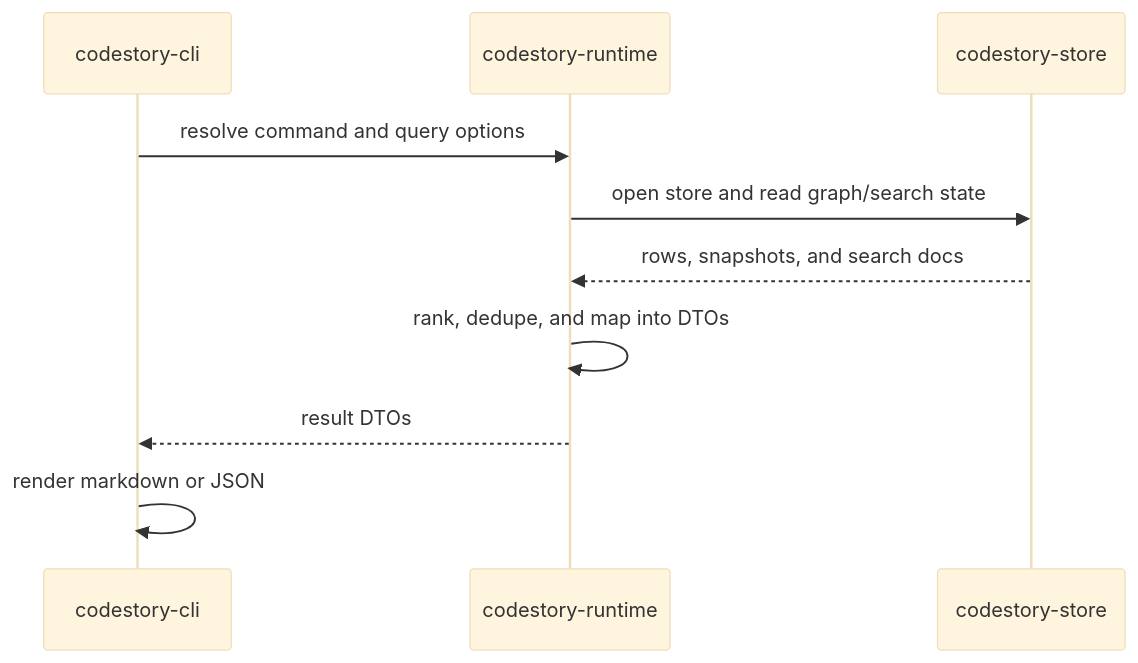
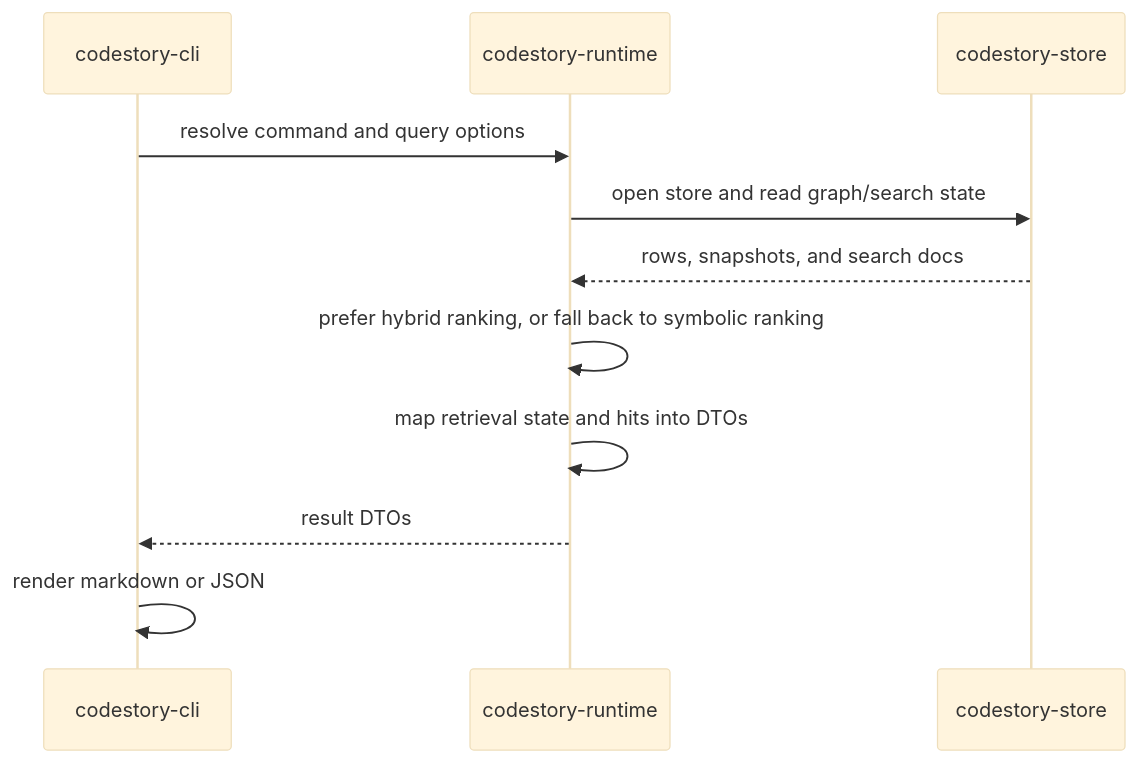
One commit to TheGreenCedar/CodeStory changed the second of 3 diagrams in docs/architecture/runtime-execution-path.md. Above: the diagram before and after it, drawn with Mermaid (base theme). The commit also changed other lines of this file and 21 other files, not shown here.

````diff
--- a/docs/architecture/runtime-execution-path.md
+++ b/docs/architecture/runtime-execution-path.md
@@ -32,13 +32,14 @@
 ```mermaid
 sequenceDiagram
     participant CLI as codestory-cli
     participant Runtime as codestory-runtime
     participant Store as codestory-store
 
     CLI->>Runtime: resolve command and query options
     Runtime->>Store: open store and read graph/search state
     Store-->>Runtime: rows, snapshots, and search docs
-    Runtime->>Runtime: rank, dedupe, and map into DTOs
+    Runtime->>Runtime: prefer hybrid ranking, or fall back to symbolic ranking
+    Runtime->>Runtime: map retrieval state and hits into DTOs
     Runtime-->>CLI: result DTOs
     CLI->>CLI: render markdown or JSON
 ```
````
